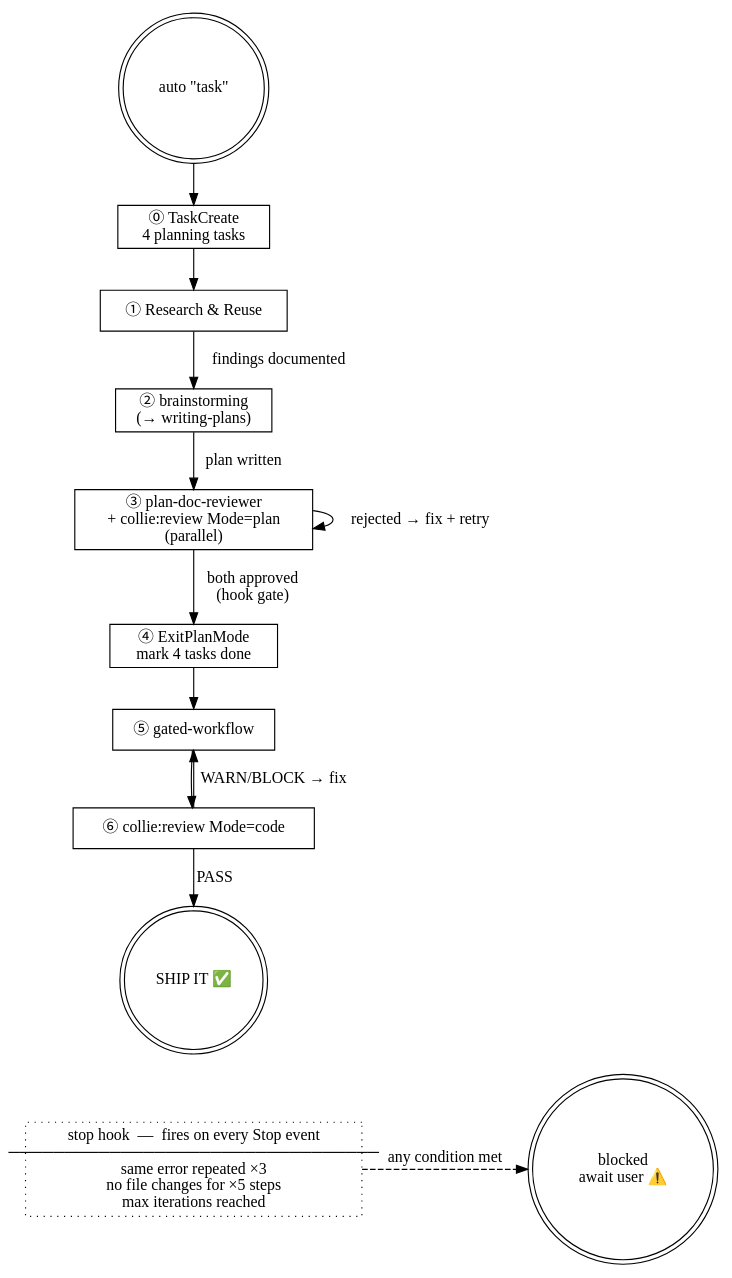
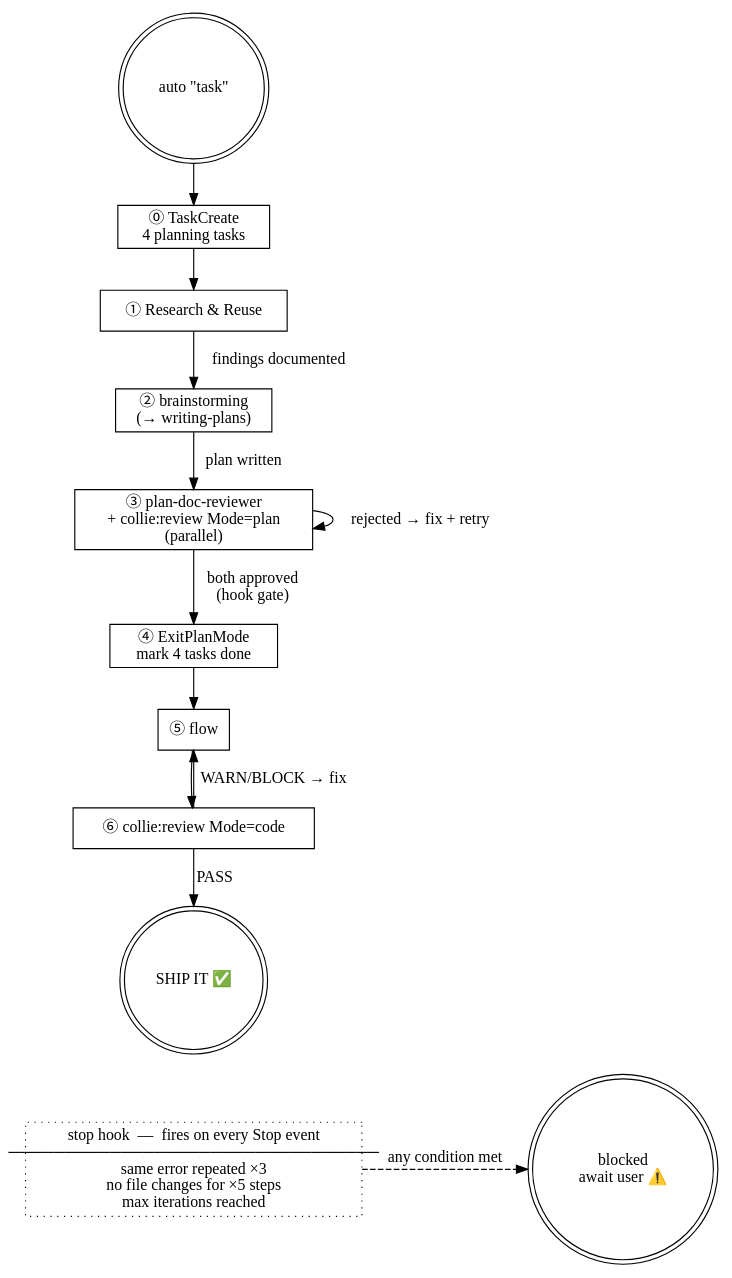
One commit to lkv1988/collie-harness changed the diagram in docs/auto-state-machine-simple.md. Above: the diagram before and after it, drawn with Graphviz. The commit also changed 29 other files, not shown here.

Commit message:
refactor: 品牌收尾 gated-workflow→flow / memory-palace→memory + README 重写

````diff
--- a/docs/auto-state-machine-simple.md
+++ b/docs/auto-state-machine-simple.md
@@ -3,37 +3,37 @@
 ```dot
 digraph collie_auto {
     // ── Terminals ────────────────────────────────────────────────
     START [shape=doublecircle, label="auto \"task\""];
     SHIP  [shape=doublecircle, label="SHIP IT ✅"];
     ESC   [shape=doublecircle, label="blocked\nawait user ⚠️"];
 
     // ── Steps ────────────────────────────────────────────────────
     TASK   [shape=box, label="⓪ TaskCreate\n4 planning tasks"];
     RR     [shape=box, label="① Research & Reuse"];
     BRAIN  [shape=box, label="② brainstorming\n(→ writing-plans)"];
     REVIEW [shape=box, label="③ plan-doc-reviewer\n+ collie:review Mode=plan\n(parallel)"];
     EXIT   [shape=box, label="④ ExitPlanMode\nmark 4 tasks done"];
-    IMPL   [shape=box, label="⑤ gated-workflow"];
+    IMPL   [shape=box, label="⑤ flow"];
     CR     [shape=box, label="⑥ collie:review Mode=code"];
 
     // ── Session-wide stop hook (side channel) ────────────────────
     MONITOR [shape=box, style=dotted,
              label="stop hook  —  fires on every Stop event\n─────────────────────────────────\nsame error repeated ×3\nno file changes for ×5 steps\nmax iterations reached"];
 
     // ── Edges ────────────────────────────────────────────────────
     START  -> TASK;
     TASK   -> RR;
     RR     -> BRAIN  [label="findings documented"];
     BRAIN  -> REVIEW [label="plan written"];
     REVIEW -> EXIT   [label="both approved\n(hook gate)"];
     REVIEW -> REVIEW [label="rejected → fix + retry"];
     EXIT   -> IMPL;
     IMPL   -> CR;
     CR     -> SHIP   [label="PASS"];
     CR     -> IMPL   [label="WARN/BLOCK → fix"];
 
     MONITOR -> ESC [label="any condition met", style=dashed];
 
     { rank=sink; MONITOR; ESC; }
 }
 ```
````
